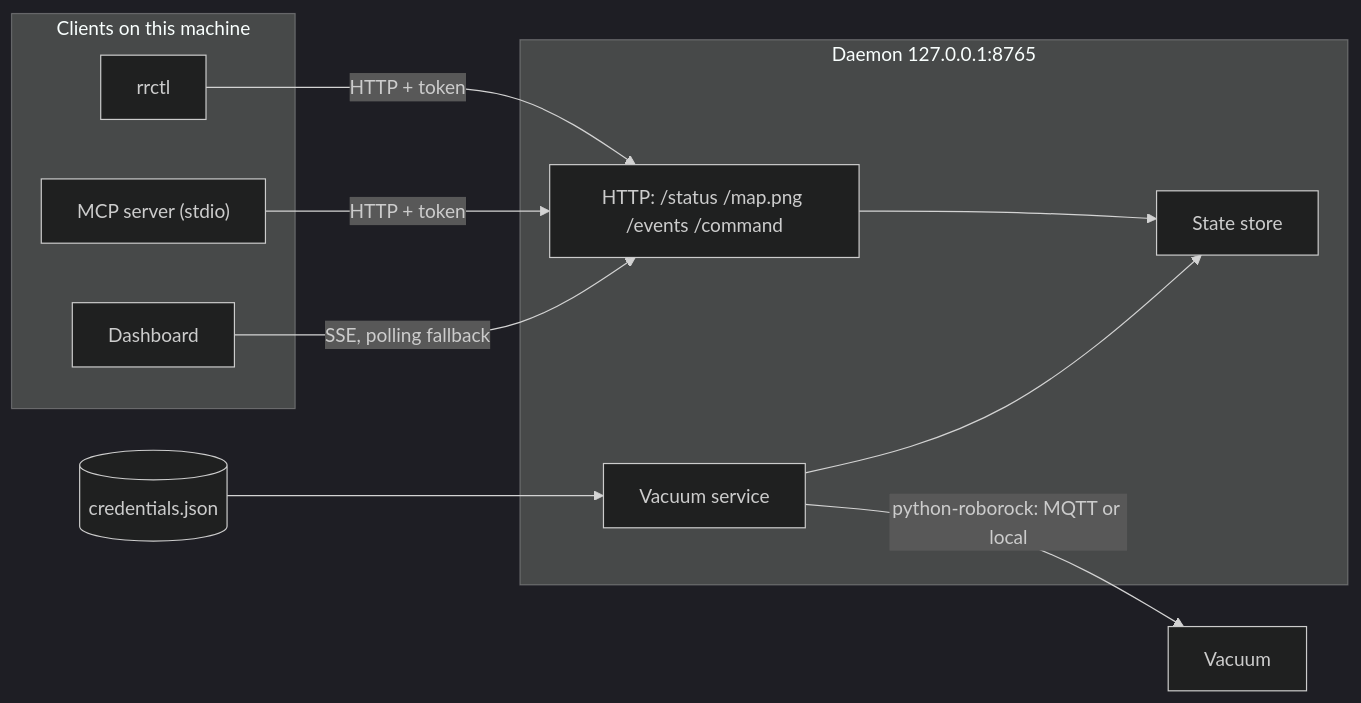
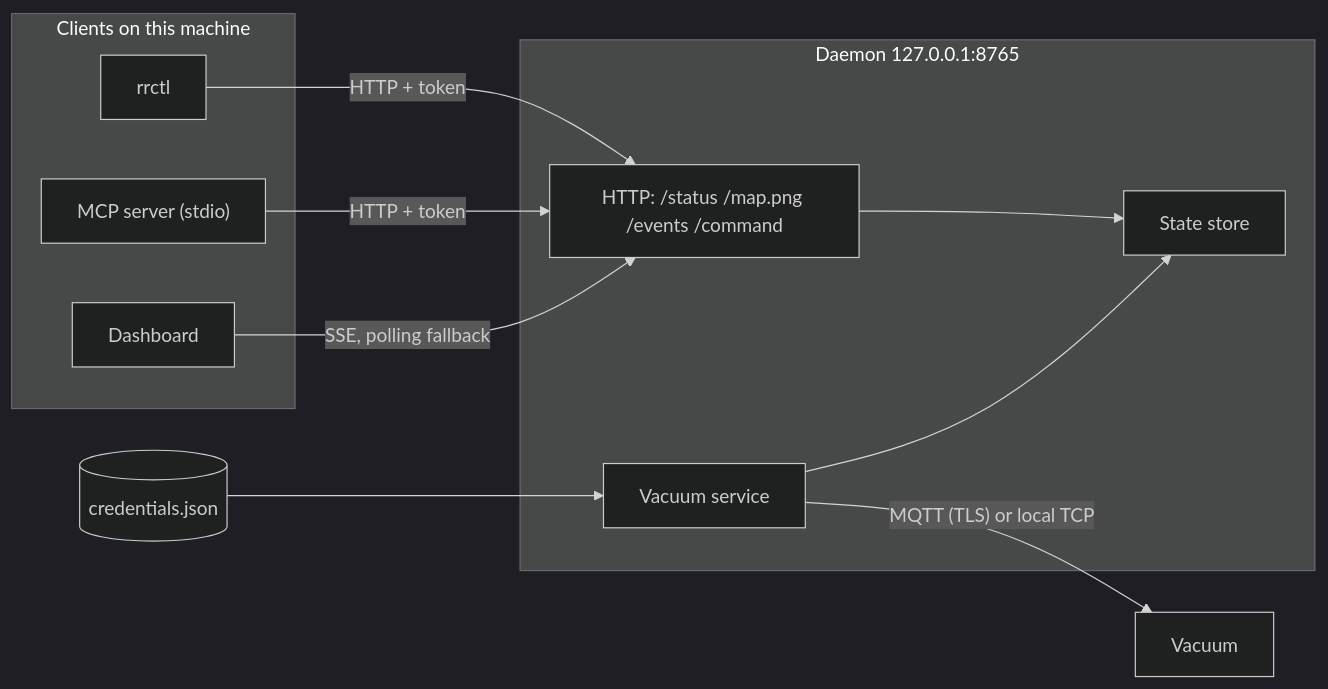
The diagram in docs/index.md (VitruvianSoftware/mcp-roborock), drawn with Mermaid (dark theme) before and after one commit. The commit also changed other lines of this file and 48 other files, not shown here.

First line of the commit message:
feat(roborock): talk to the vacuum from Rust and remove the Python package (#4140)

````diff
--- a/docs/index.md
+++ b/docs/index.md
@@ -8,20 +8,20 @@
 ```mermaid
 flowchart LR
     subgraph clients["Clients on this machine"]
         cli["rrctl"]
         mcp["MCP server (stdio)"]
         web["Dashboard"]
     end
     subgraph daemon["Daemon 127.0.0.1:8765"]
         http["HTTP: /status /map.png /events /command"]
         store["State store"]
         service["Vacuum service"]
     end
     cli -- "HTTP + token" --> http
     mcp -- "HTTP + token" --> http
     web -- "SSE, polling fallback" --> http
     http --> store
     service --> store
-    service -- "python-roborock: MQTT or local" --> vacuum["Vacuum"]
+    service -- "MQTT (TLS) or local TCP" --> vacuum["Vacuum"]
     creds[("credentials.json")] --> service
 ```
````
